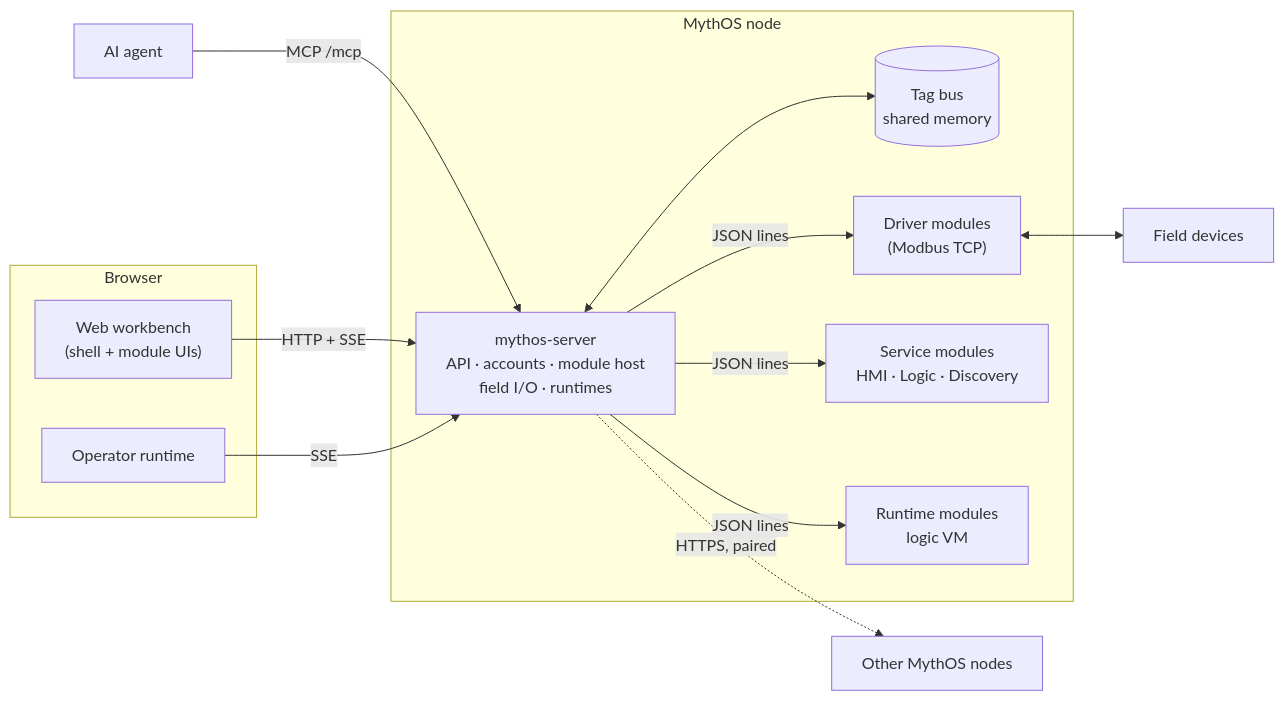
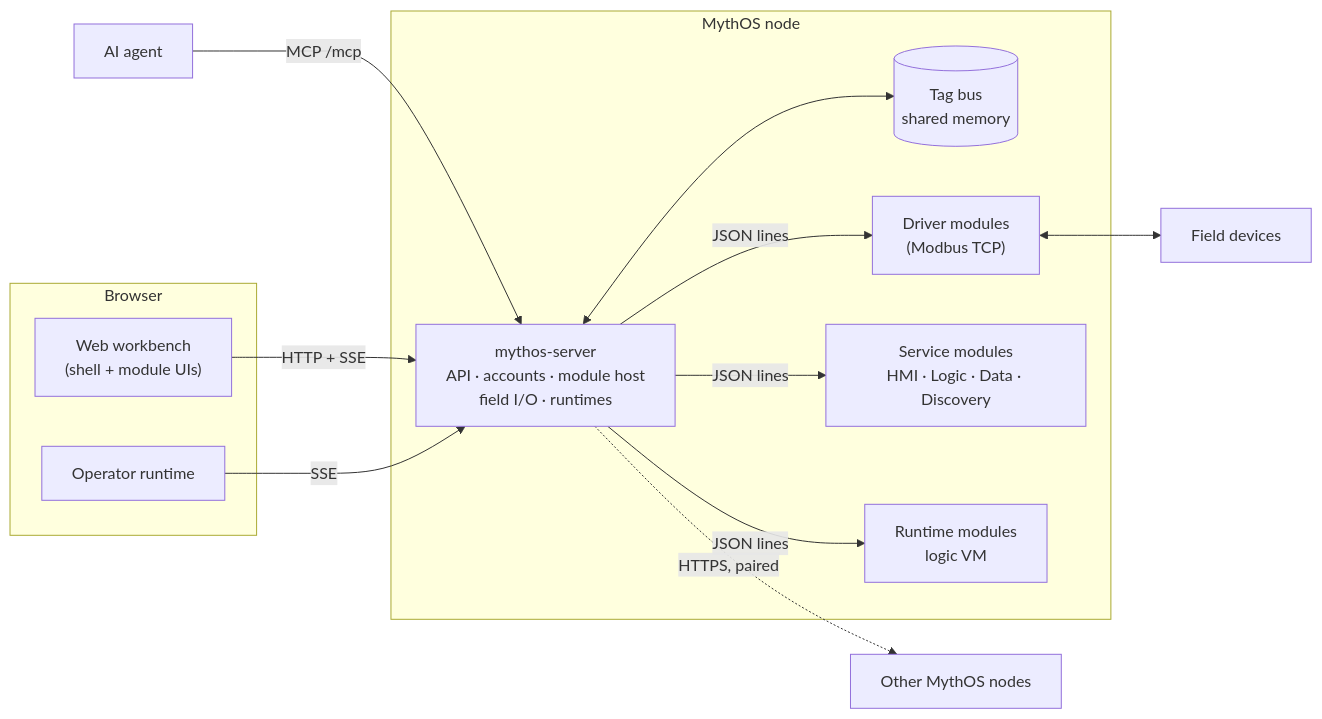
The diagram in README.md (firmansyah-co/mythos), drawn with Mermaid before and after one commit. The commit also changed other lines of this file and 1 other file, not shown here.

First line of the commit message:
docs(readme): what is built since 20 November: SFC and the FBD editor, tasks, data blocks and the data module (#188)

````diff
--- a/README.md
+++ b/README.md
@@ -74,20 +79,20 @@
 ```mermaid
 flowchart LR
   subgraph Browser
     WB["Web workbench<br/>(shell + module UIs)"]
     OP["Operator runtime"]
   end
   Agent["AI agent"] -- "MCP /mcp" --> Server
   WB -- "HTTP + SSE" --> Server
   OP -- "SSE" --> Server
   subgraph Node["MythOS node"]
     Server["mythos-server<br/>API · accounts · module host<br/>field I/O · runtimes"]
     Bus[("Tag bus<br/>shared memory")]
     Server <--> Bus
     Server -- "JSON lines" --> Drv["Driver modules<br/>(Modbus TCP)"]
-    Server -- "JSON lines" --> Svc["Service modules<br/>HMI · Logic · Discovery"]
+    Server -- "JSON lines" --> Svc["Service modules<br/>HMI · Logic · Data · Discovery"]
     Server -- "JSON lines" --> RT["Runtime modules<br/>logic VM"]
   end
   Drv <--> Field["Field devices"]
   Server -. "HTTPS, paired" .-> Other["Other MythOS nodes"]
 ```
````
